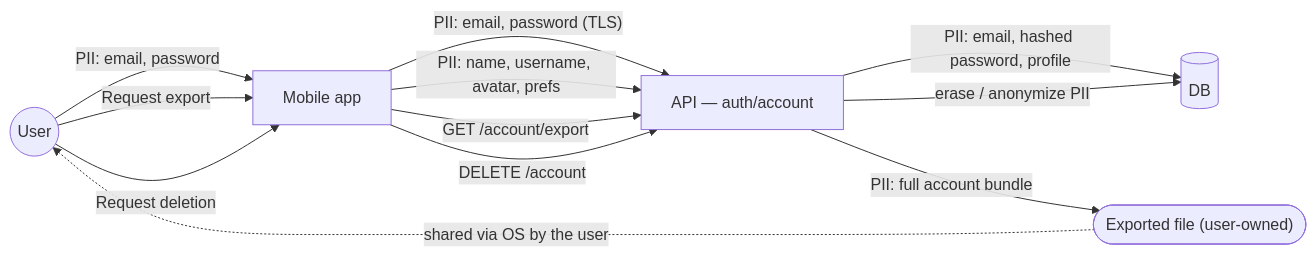
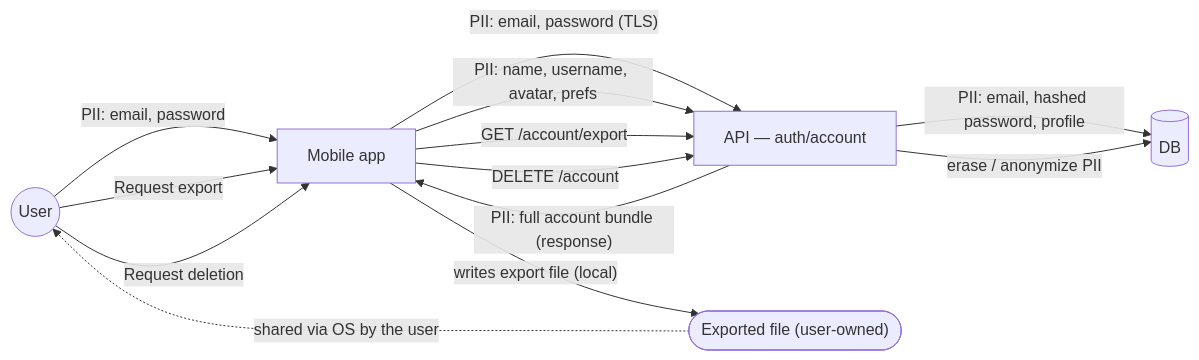
Before and after one commit to benoit-bremaud/brasse-bouillon: the diagram in docs/architecture/diagrams/account/06-data-flow.md, drawn with Mermaid. The commit also changed 4 other files, not shown here.

First line of the commit message:
docs(account): address Copilot review — real auth shapes & flows

````diff
--- a/docs/architecture/diagrams/account/06-data-flow.md
+++ b/docs/architecture/diagrams/account/06-data-flow.md
@@ -14,20 +14,21 @@
 ```mermaid
 flowchart LR
   User((User))
   App["Mobile app"]
   API["API — auth/account"]
   DB[("DB")]
   Export(["Exported file (user-owned)"])
 
   User -->|"PII: email, password"| App
   App -->|"PII: email, password (TLS)"| API
   API -->|"PII: email, hashed password, profile"| DB
   App -->|"PII: name, username, avatar, prefs"| API
   User -->|"Request export"| App
   App -->|"GET /account/export"| API
-  API -->|"PII: full account bundle"| Export
+  API -->|"PII: full account bundle (response)"| App
+  App -->|"writes export file (local)"| Export
   Export -.->|"shared via OS by the user"| User
   User -->|"Request deletion"| App
   App -->|"DELETE /account"| API
   API -->|"erase / anonymize PII"| DB
 ```
````
